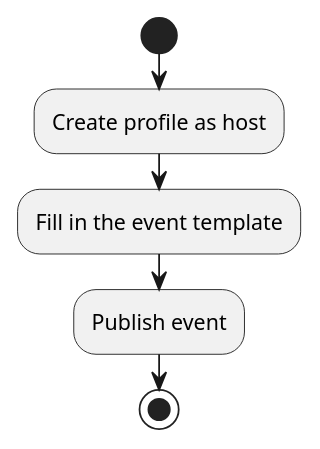
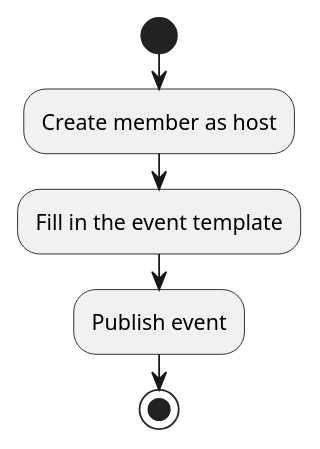
The diagram in architecture/activity.puml (sinemyb/yogamed), drawn with PlantUML before and after one commit. The commit also changed 4 other files, not shown here.

Commit message:
Add puml to architecture folder

```diff
--- a/architecture/activity.puml
+++ b/architecture/activity.puml
@@ -1,11 +1,11 @@
 @startuml
 
 start
 
-:Create profile as host;
+:Create member as host;
 :Fill in the event template;
 :Publish event;
 
 stop
 
 @enduml
```
